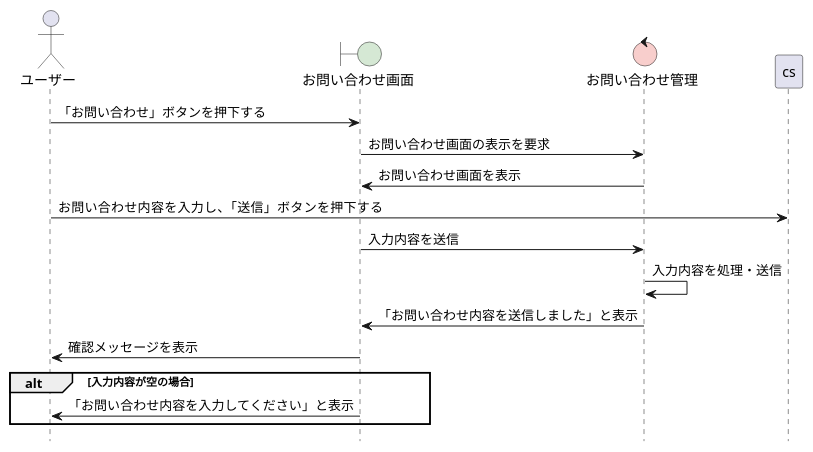
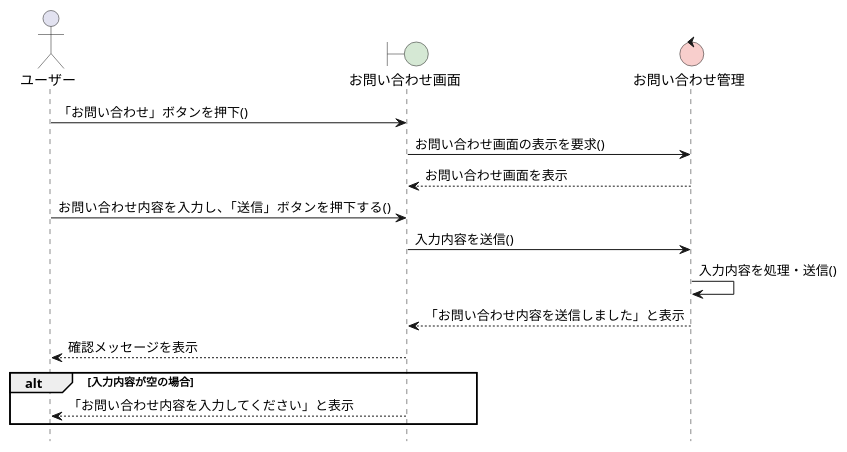
The diagram in group/graduation_work/sequence02_inquiry.pu (sugimoto0804/o-hara_uml), drawn with PlantUML before and after one commit. The commit also changed 1 other file, not shown here.

```diff
--- a/group/graduation_work/sequence02_inquiry.pu
+++ b/group/graduation_work/sequence02_inquiry.pu
@@ -1,24 +1,24 @@
 @startuml お問い合わせシーケンス図
 hide footbox
 
 skinparam boundaryBackgroundColor #D5E8D4
 skinparam controlBackgroundColor  #F8CECC
 actor ユーザー
 boundary "お問い合わせ画面" as b1 
 control "お問い合わせ管理" as c1
 
-ユーザー -> b1 : 「お問い合わせ」ボタンを押下する
-b1 -> c1 : お問い合わせ画面の表示を要求
-c1 -> b1 : お問い合わせ画面を表示
+ユーザー -> b1 : 「お問い合わせ」ボタンを押下()
+b1 -> c1 : お問い合わせ画面の表示を要求()
+c1 --> b1 : お問い合わせ画面を表示
 
-ユーザー -> cs : お問い合わせ内容を入力し、「送信」ボタンを押下する
-b1 -> c1 : 入力内容を送信
-c1 -> c1 : 入力内容を処理・送信
-c1 -> b1 : 「お問い合わせ内容を送信しました」と表示
-b1 -> ユーザー : 確認メッセージを表示
+ユーザー -> b1 : お問い合わせ内容を入力し、「送信」ボタンを押下する()
+b1 -> c1 : 入力内容を送信()
+c1 -> c1 : 入力内容を処理・送信()
+c1 --> b1 : 「お問い合わせ内容を送信しました」と表示
+b1 --> ユーザー : 確認メッセージを表示
 
 alt 入力内容が空の場合
-    b1 -> ユーザー : 「お問い合わせ内容を入力してください」と表示
+    b1 --> ユーザー : 「お問い合わせ内容を入力してください」と表示
 end
 
 @enduml
```
